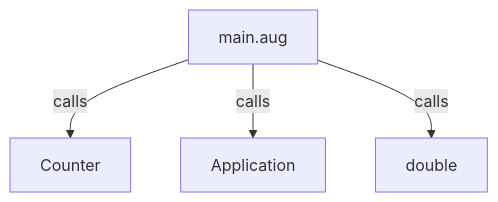
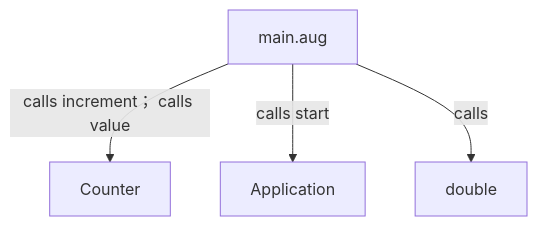
Before and after one commit to GreenPandaStudios/augscript: the first of 3 diagrams in docs/examples/approved-design/main-diagrams.md, drawn with Mermaid. The commit also changed other lines of this file and 304 other files, not shown here.

Commit message:
Make generated data-flow sequences concise and review every diagram

````diff
--- a/docs/examples/approved-design/main-diagrams.md
+++ b/docs/examples/approved-design/main-diagrams.md
@@ -19,10 +19,10 @@
 ```mermaid
 flowchart TD
     n0["Counter"]
     n1["Application"]
     n2["double"]
     n3["main.aug"]
-    n3 -->|"calls"| n0
-    n3 -->|"calls"| n1
+    n3 -->|"calls increment； calls value"| n0
+    n3 -->|"calls start"| n1
     n3 -->|"calls"| n2
 ```
````
